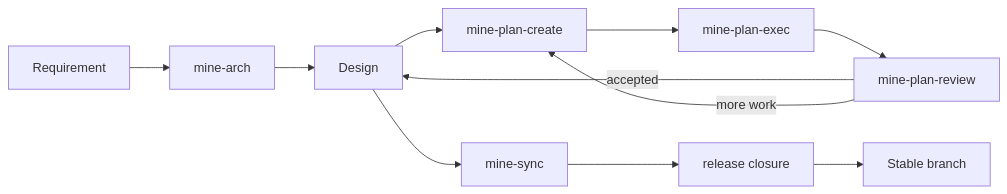
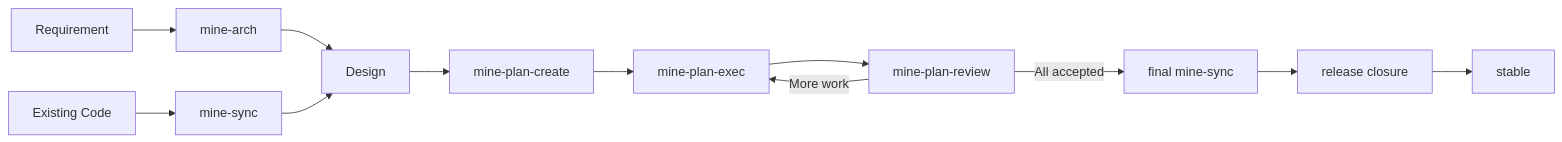
The diagram in README.md (6ixGODD/mine-is-not-everyones), drawn with Mermaid before and after one commit. The commit also changed other lines of this file and 20 other files, not shown here.

First line of the commit message:
release: v0.1.4 - scope-first mine-plan-create

````diff
--- a/README.md
+++ b/README.md
@@ -23,13 +40,14 @@
 ```mermaid
 flowchart LR
     R[Requirement] --> A[mine-arch]
+    C[Existing Code] --> S[mine-sync]
     A --> D[Design]
+    S --> D
     D --> P[mine-plan-create]
     P --> E[mine-plan-exec]
     E --> V[mine-plan-review]
-    V -->|accepted| D
-    V -->|more work| P
-    D --> S[mine-sync]
-    S --> C[release closure]
-    C --> ST[Stable branch]
+    V -->|More work| E
+    V -->|All accepted| F[final mine-sync]
+    F --> X[release closure]
+    X --> T[stable]
 ```
````
